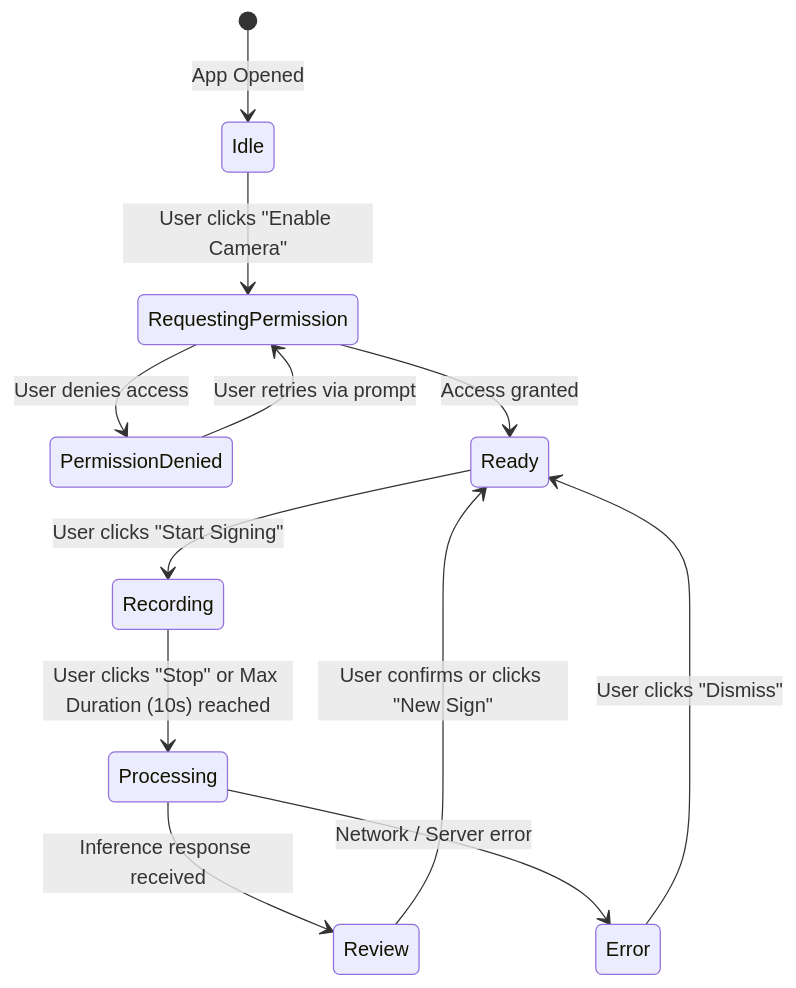
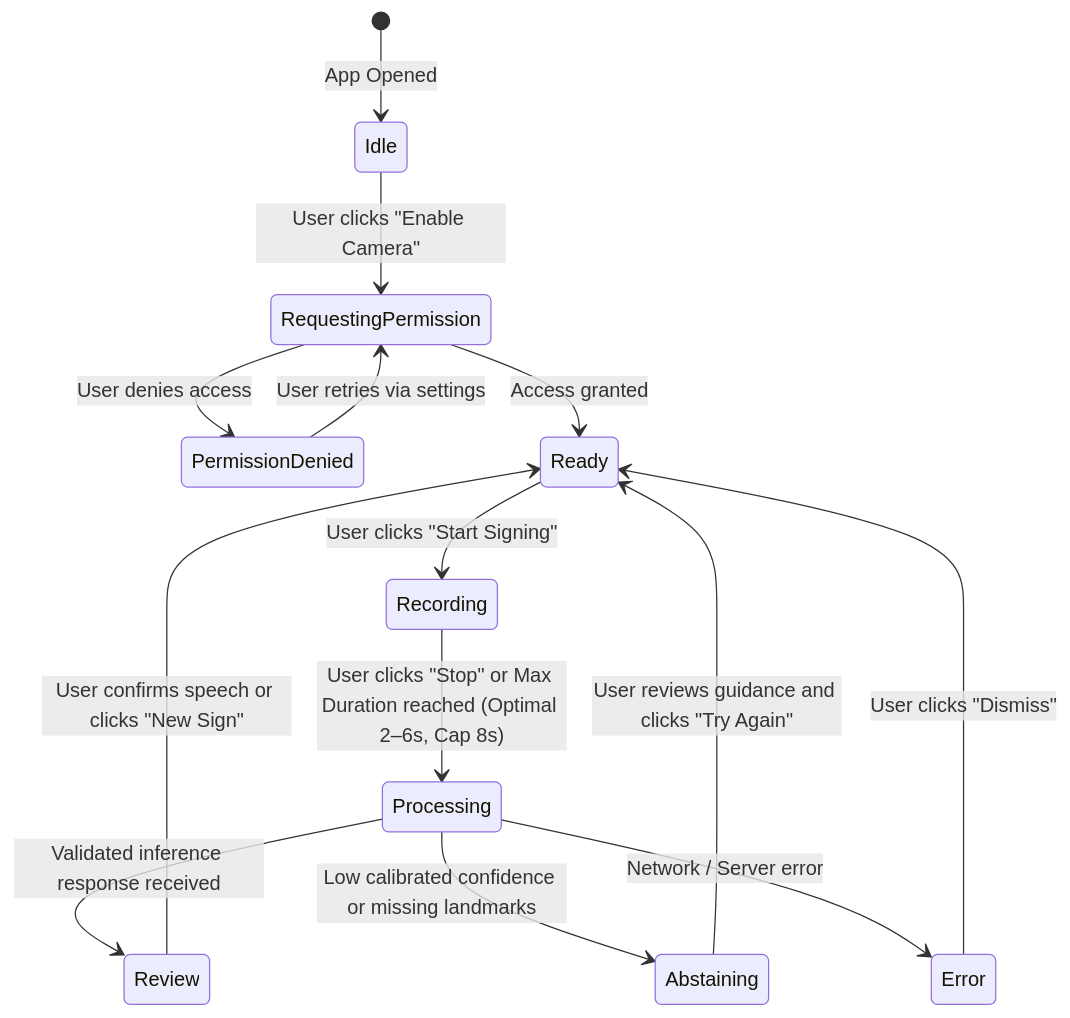
Before and after one commit to sengarbhoomi22-bot/SignBridge-Ai: the first of 2 diagrams in docs/implementation-plan/02-frontend-plan.md, drawn with Mermaid. The commit also changed other lines of this file and 5 other files, not shown here.

````diff
--- a/docs/implementation-plan/02-frontend-plan.md
+++ b/docs/implementation-plan/02-frontend-plan.md
@@ -198,16 +200,18 @@
 ```mermaid
 stateDiagram-v2
     [*] --> Idle: App Opened
     Idle --> RequestingPermission: User clicks "Enable Camera"
     RequestingPermission --> PermissionDenied: User denies access
     RequestingPermission --> Ready: Access granted
-    PermissionDenied --> RequestingPermission: User retries via prompt
-    
+    PermissionDenied --> RequestingPermission: User retries via settings
+
     Ready --> Recording: User clicks "Start Signing"
-    Recording --> Processing: User clicks "Stop" or Max Duration (10s) reached
-    Processing --> Review: Inference response received
+    Recording --> Processing: User clicks "Stop" or Max Duration reached (Optimal 2–6s, Cap 8s)
+    Processing --> Review: Validated inference response received
+    Processing --> Abstaining: Low calibrated confidence or missing landmarks
     Processing --> Error: Network / Server error
-    
-    Review --> Ready: User confirms or clicks "New Sign"
+
+    Review --> Ready: User confirms speech or clicks "New Sign"
+    Abstaining --> Ready: User reviews guidance and clicks "Try Again"
     Error --> Ready: User clicks "Dismiss"
 ```
````
